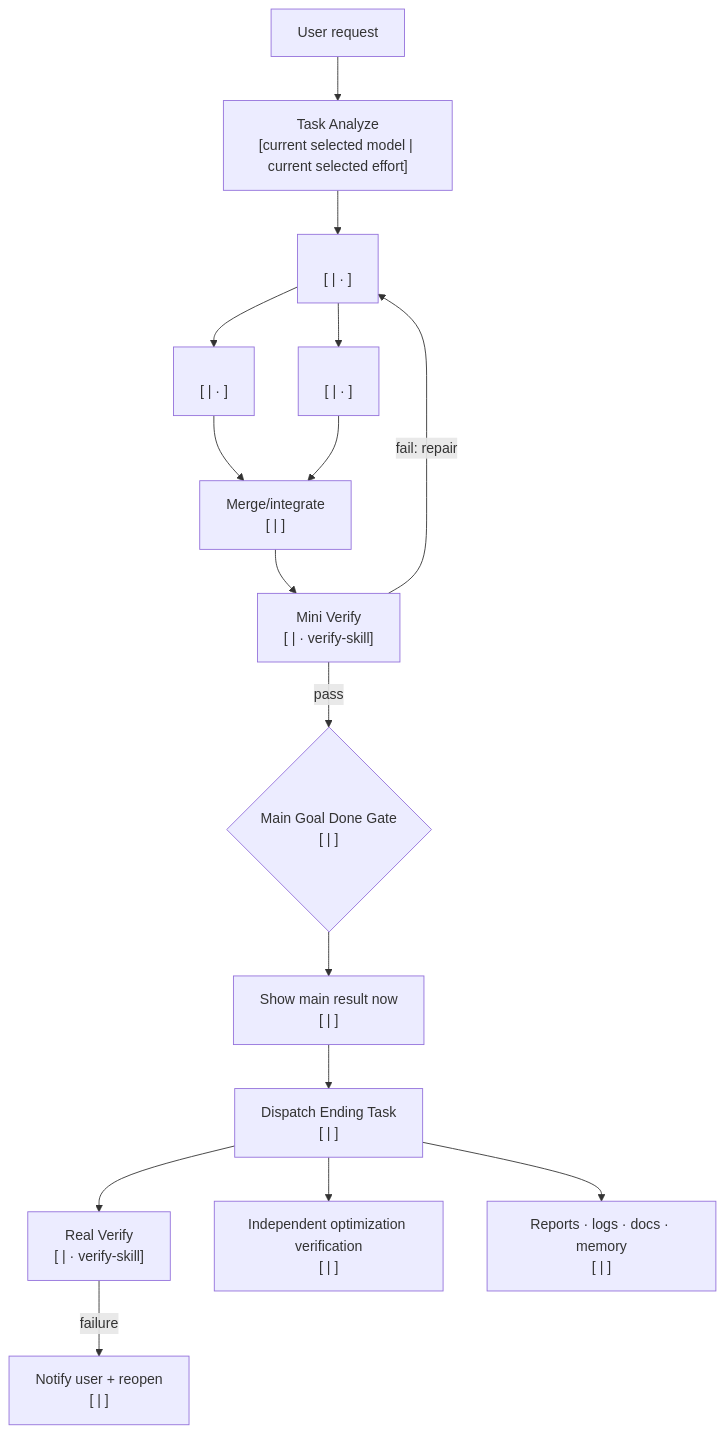
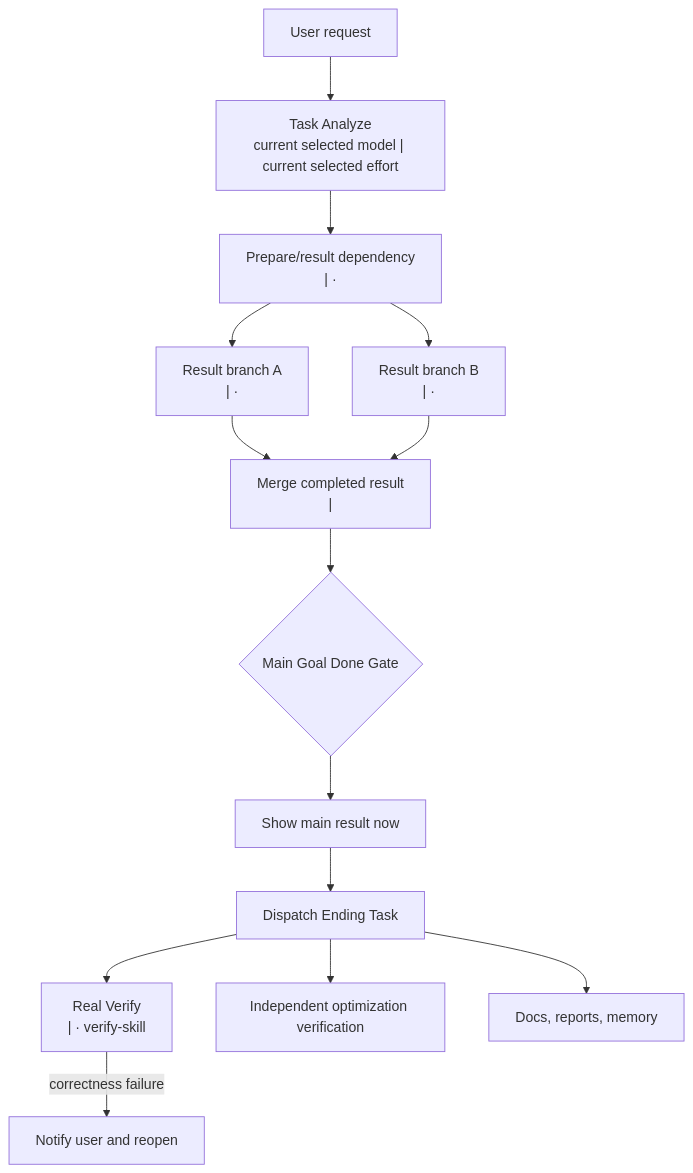
One commit to qinbatista/qin-codex-skills changed the diagram in workflow-skill/references/start-diagram-template.md. Above: the diagram before and after it, drawn with Mermaid. The commit also changed other lines of this file and 72 other files, not shown here.

````diff
--- a/workflow-skill/references/start-diagram-template.md
+++ b/workflow-skill/references/start-diagram-template.md
@@ -17,18 +15,16 @@
 ```mermaid
 flowchart TD
-  U["User request"] --> A["Task Analyze<br/>[current selected model | current selected effort]"]
-  A --> B["<inspect/plan task><br/>[<model> | <effort> · <skill>]"]
-  B --> C1["<independent branch A><br/>[<model> | <effort> · <skill>]"]
-  B --> C2["<independent branch B><br/>[<model> | <effort> · <skill>]"]
-  C1 --> M["Merge/integrate<br/>[<model> | <effort>]"]
-  C2 --> M
-  M --> V["Mini Verify<br/>[<model> | <effort> · verify-skill]"]
-  V -->|fail: repair| B
-  V -->|pass| G{"Main Goal Done Gate<br/>[<model> | <effort>]"}
-  G --> R["Show main result now<br/>[<model> | <effort>]"]
-  R --> E["Dispatch Ending Task<br/>[<model> | <effort>]"]
-  E --> RV["Real Verify<br/>[<model> | <effort> · verify-skill]"]
-  E --> OV["Independent optimization verification<br/>[<model> | <effort>]"]
-  E --> D["Reports · logs · docs · memory<br/>[<model> | <effort>]"]
-  RV -->|failure| O["Notify user + reopen<br/>[<model> | <effort>]"]
+  U["User request"] --> A["Task Analyze<br/>current selected model | current selected effort"]
+  A --> P["Prepare/result dependency<br/><model> | <effort> · <skill>"]
+  P --> B1["Result branch A<br/><model> | <effort> · <skill>"]
+  P --> B2["Result branch B<br/><model> | <effort> · <skill>"]
+  B1 --> M["Merge completed result<br/><model> | <effort>"]
+  B2 --> M
+  M --> G{"Main Goal Done Gate"}
+  G --> R["Show main result now"]
+  R --> E["Dispatch Ending Task"]
+  E --> V["Real Verify<br/><model> | <effort> · verify-skill"]
+  E --> O["Independent optimization verification"]
+  E --> D["Docs, reports, memory"]
+  V -->|correctness failure| X["Notify user and reopen"]
 ```
````
